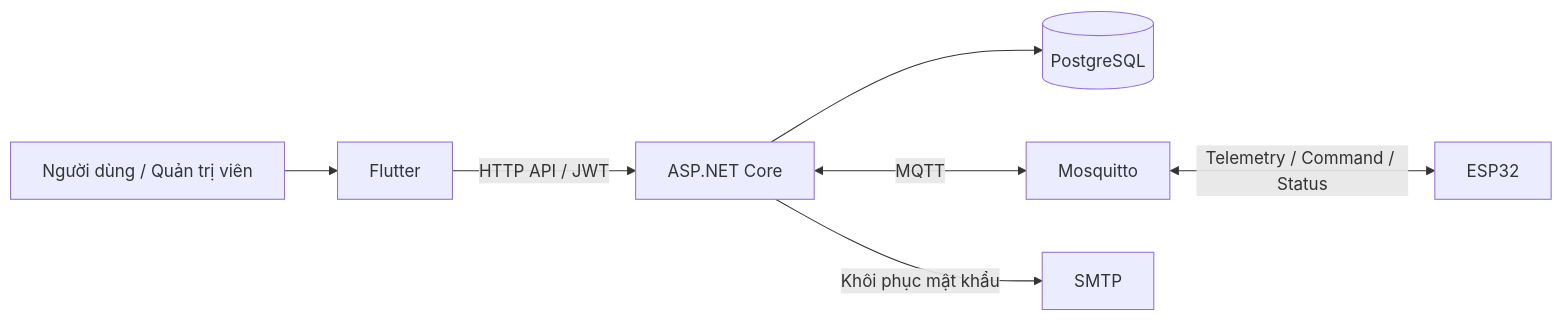
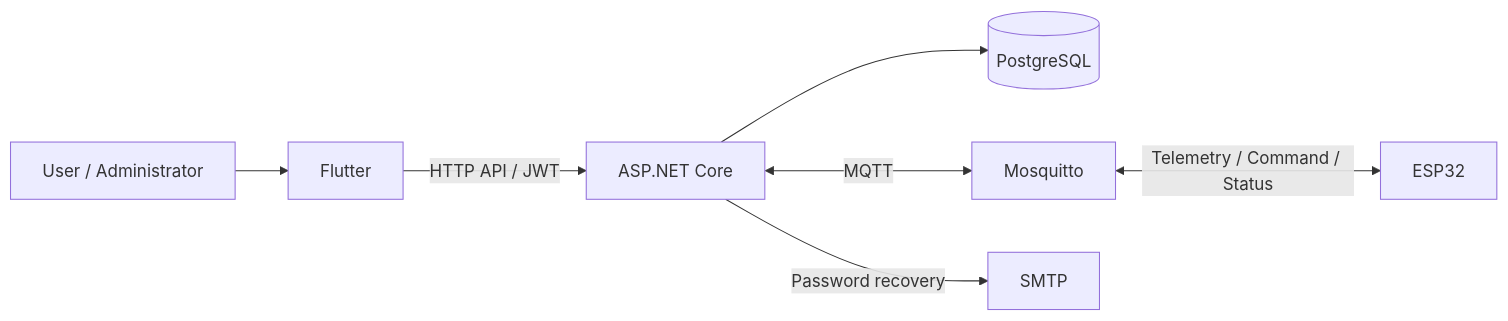
Before and after one commit to huuanh1411/IOTAgri: the diagram in docs/requirements/SRS.md, drawn with Mermaid. The commit also changed 13 other files, not shown here.

Commit message:
docs: translate all diagram labels to English

````diff
--- a/docs/requirements/SRS.md
+++ b/docs/requirements/SRS.md
@@ -41,9 +41,9 @@
 ```mermaid
 flowchart LR
-    U[Người dùng / Quản trị viên] --> F[Flutter]
+    U[User / Administrator] --> F[Flutter]
     F -->|HTTP API / JWT| A[ASP.NET Core]
     A --> D[(PostgreSQL)]
     A <-->|MQTT| M[Mosquitto]
     M <-->|Telemetry / Command / Status| E[ESP32]
-    A -->|Khôi phục mật khẩu| S[SMTP]
+    A -->|Password recovery| S[SMTP]
 ```
````
